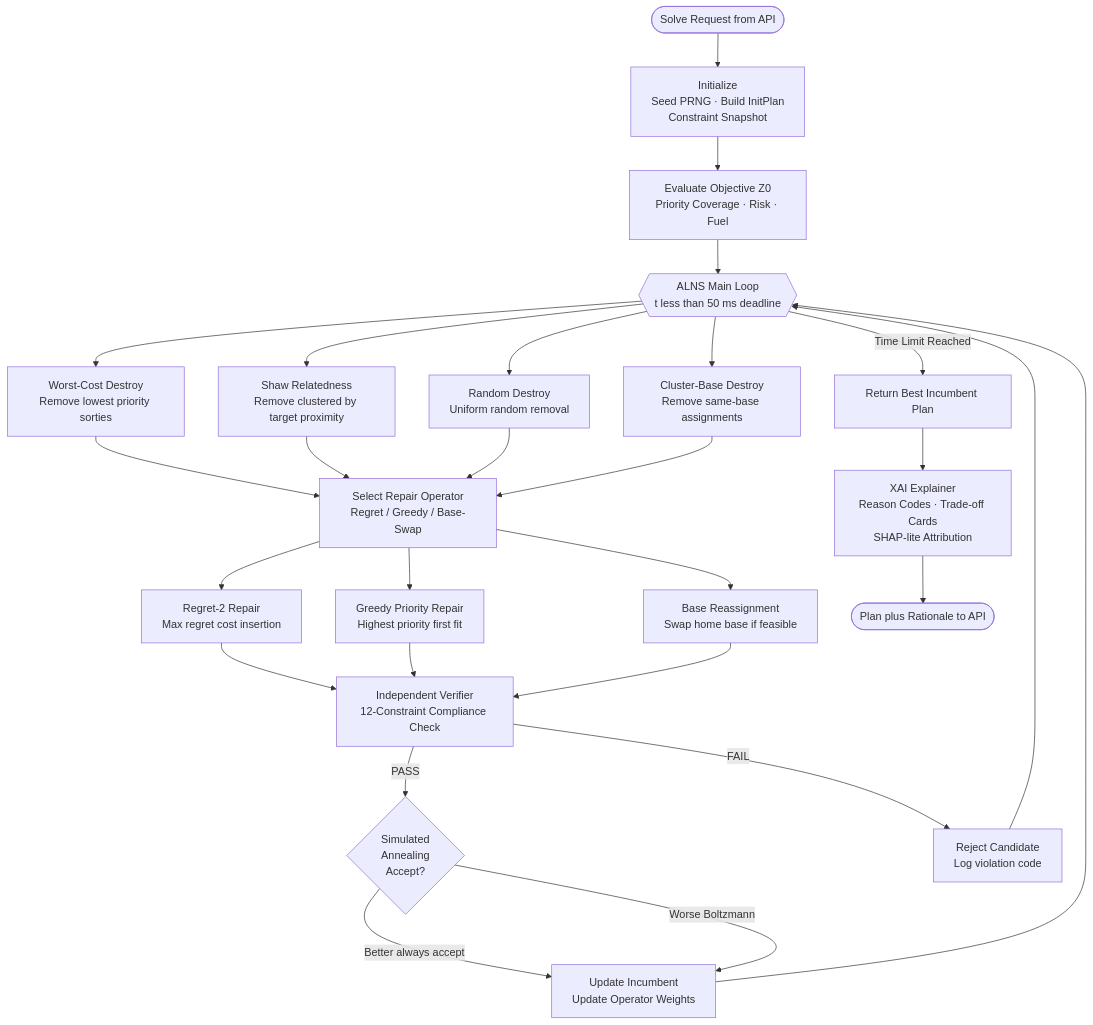
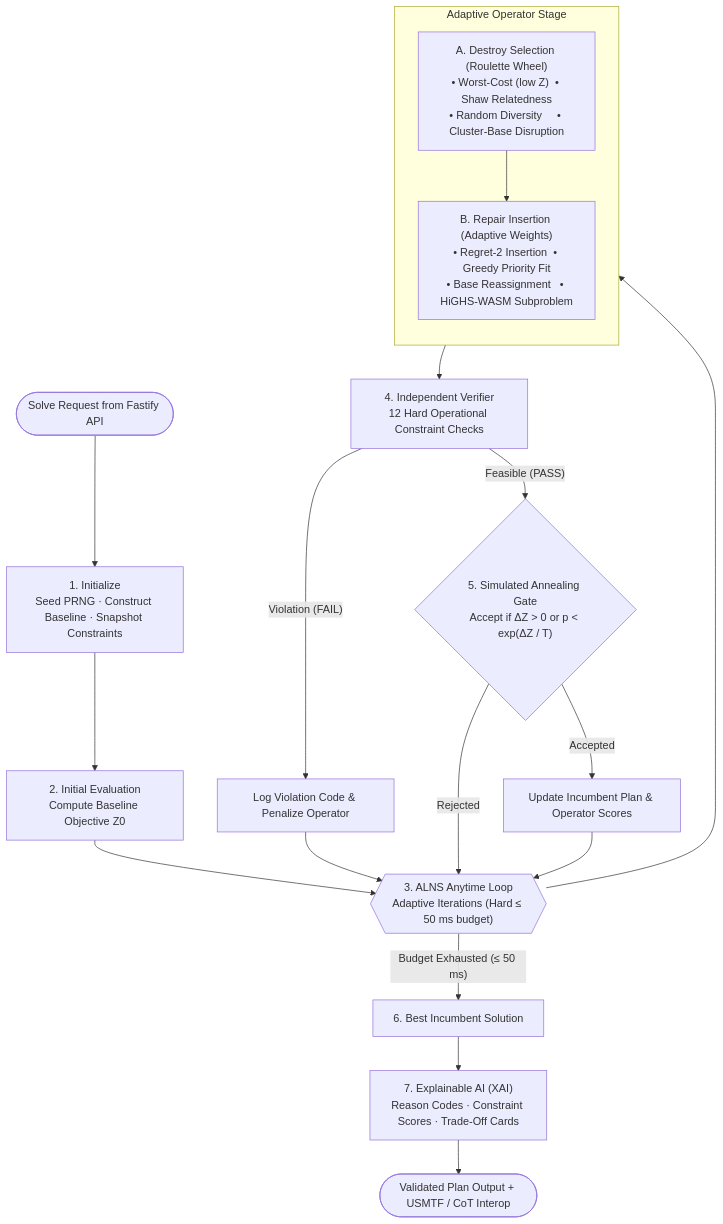
The second of 14 diagrams in docs/ARCHITECTURE.md (PtKartikVashishtha/Air-power-decision-support-framework), drawn with Mermaid before and after one commit. The commit also changed other lines of this file and 25 other files, not shown here.

Commit message:
docs: streamline architecture flowcharts, embed dark Archify process diagrams, and add drive submission link

````diff
--- a/docs/ARCHITECTURE.md
+++ b/docs/ARCHITECTURE.md
@@ -145,37 +129,29 @@
 ```mermaid
 flowchart TD
-    START([Solve Request from API]) --> INIT
-    INIT["Initialize\nSeed PRNG · Build InitPlan\nConstraint Snapshot"] --> EVAL0
-    EVAL0["Evaluate Objective Z0\nPriority Coverage · Risk · Fuel"] --> LOOP
+    START([Solve Request from Fastify API]) --> INIT["1. Initialize\nSeed PRNG · Construct Baseline · Snapshot Constraints"]
+    INIT --> EVAL0["2. Initial Evaluation\nCompute Baseline Objective Z0"]
+    EVAL0 --> LOOP{{"3. ALNS Anytime Loop\nAdaptive Iterations (Hard ≤ 50 ms budget)"}}
 
-    LOOP{{"ALNS Main Loop\nt less than 50 ms deadline"}}
+    subgraph ADAPTIVE_STAGE ["Adaptive Operator Stage"]
+        direction TB
+        DESTROY["A. Destroy Selection (Roulette Wheel)\n• Worst-Cost (low Z)  • Shaw Relatedness\n• Random Diversity     • Cluster-Base Disruption"]
+        REPAIR["B. Repair Insertion (Adaptive Weights)\n• Regret-2 Insertion  • Greedy Priority Fit\n• Base Reassignment   • HiGHS-WASM Subproblem"]
+        DESTROY --> REPAIR
+    end
 
-    LOOP --> D1["Worst-Cost Destroy\nRemove lowest priority sorties"]
-    LOOP --> D2["Shaw Relatedness\nRemove clustered by target proximity"]
-    LOOP --> D3["Random Destroy\nUniform random removal"]
-    LOOP --> D4["Cluster-Base Destroy\nRemove same-base assignments"]
+    LOOP --> DESTROY
+    REPAIR --> VERIFY["4. Independent Verifier\n12 Hard Operational Constraint Checks"]
 
-    D1 & D2 & D3 & D4 --> REPAIR
-    REPAIR["Select Repair Operator\nRegret / Greedy / Base-Swap"]
-
-    REPAIR --> R1["Regret-2 Repair\nMax regret cost insertion"]
-    REPAIR --> R2["Greedy Priority Repair\nHighest priority first fit"]
-    REPAIR --> R3["Base Reassignment\nSwap home base if feasible"]
-
-    R1 & R2 & R3 --> VERIFY
-    VERIFY["Independent Verifier\n12-Constraint Compliance Check"]
-
-    VERIFY -- PASS --> SA
-    VERIFY -- FAIL --> REJECT["Reject Candidate\nLog violation code"]
+    VERIFY -- "Violation (FAIL)" --> REJECT["Log Violation Code & Penalize Operator"]
     REJECT --> LOOP
 
-    SA{"Simulated\nAnnealing\nAccept?"}
-    SA -- "Better always accept" --> UPDATE
-    SA -- "Worse Boltzmann" --> UPDATE
+    VERIFY -- "Feasible (PASS)" --> SA{"5. Simulated Annealing Gate\nAccept if ΔZ > 0 or p < exp(ΔZ / T)"}
 
-    UPDATE["Update Incumbent\nUpdate Operator Weights"] --> LOOP
+    SA -- "Accepted" --> UPDATE["Update Incumbent Plan & Operator Scores"]
+    SA -- "Rejected" --> LOOP
+    UPDATE --> LOOP
 
-    LOOP -- "Time Limit Reached" --> BEST
-    BEST["Return Best Incumbent Plan"] --> XAI
-    XAI["XAI Explainer\nReason Codes · Trade-off Cards\nSHAP-lite Attribution"] --> RESPONSE([Plan plus Rationale to API])
+    LOOP -- "Budget Exhausted (≤ 50 ms)" --> BEST["6. Best Incumbent Solution"]
+    BEST --> XAI["7. Explainable AI (XAI)\nReason Codes · Constraint Scores · Trade-Off Cards"]
+    XAI --> RESPONSE([Validated Plan Output + USMTF / CoT Interop])
 ```
````
